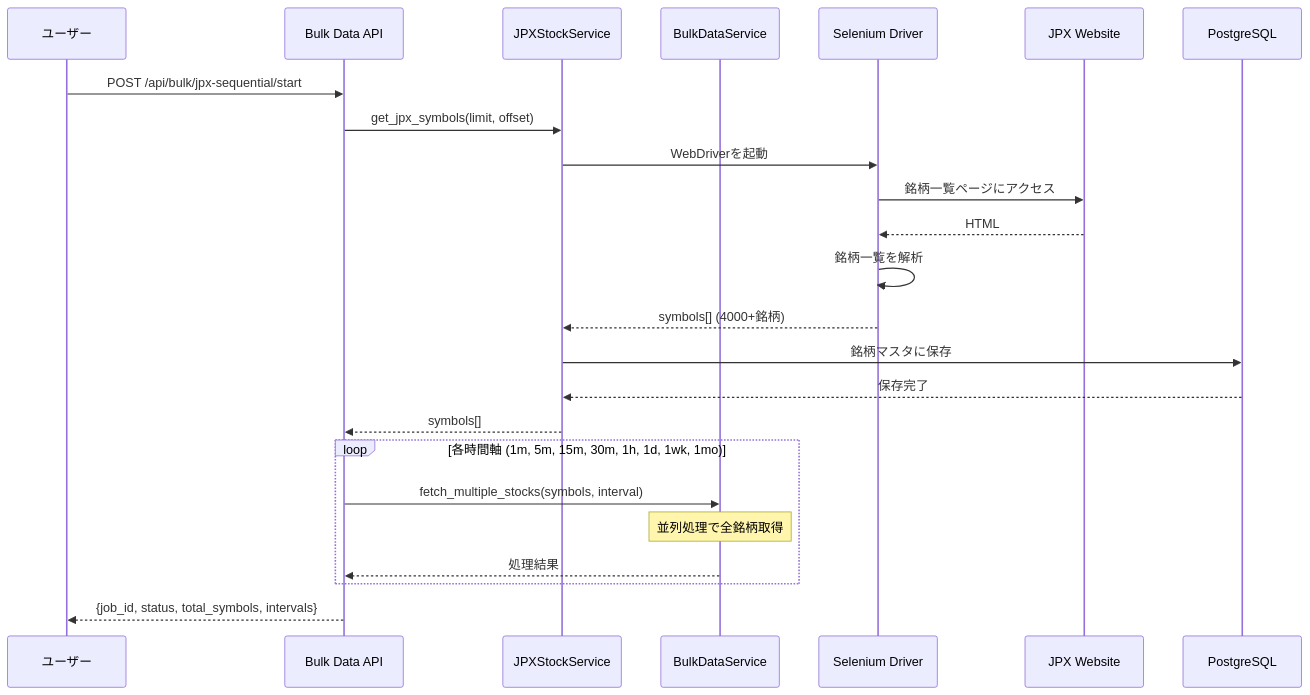
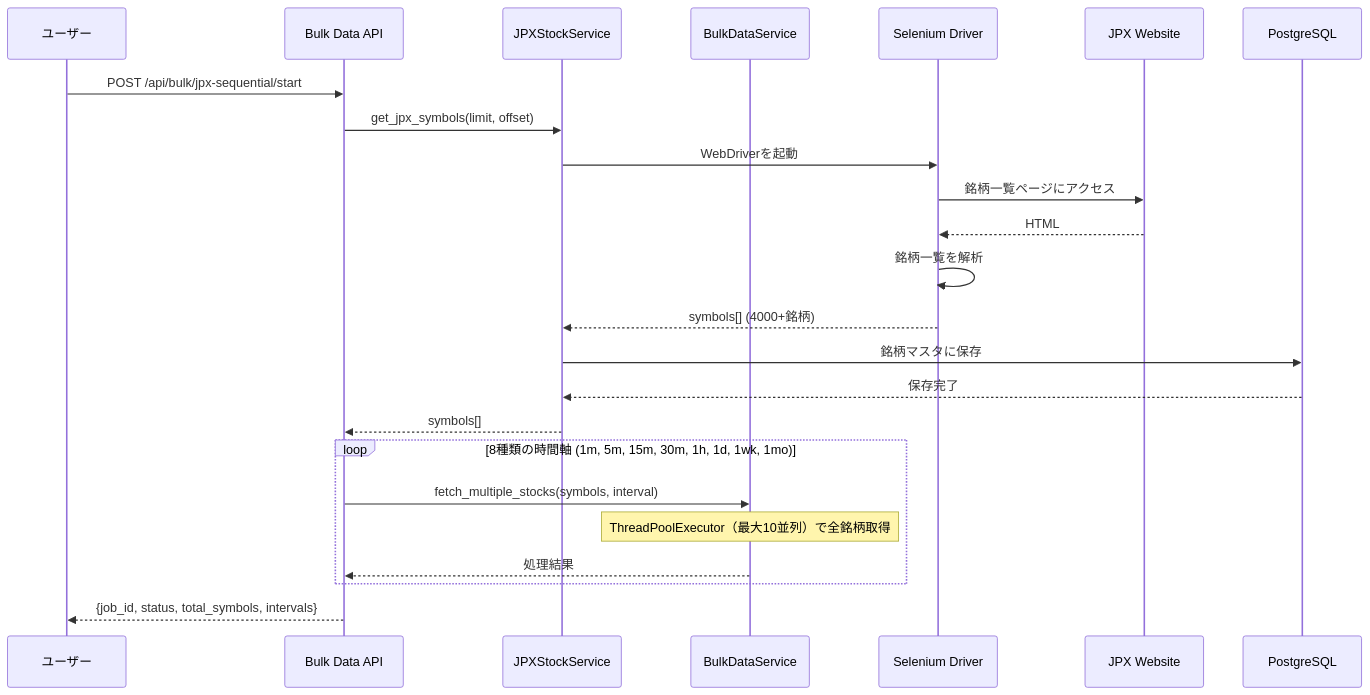
One commit to TIMMY-WEST/STOCK-INVESTMENT-ANALYZER changed the fourth of 14 diagrams in docs/architecture/data_flow.md. Above: the diagram before and after it, drawn with Mermaid. The commit also changed other lines of this file and 51 other files, not shown here.

````diff
--- a/docs/architecture/data_flow.md
+++ b/docs/architecture/data_flow.md
@@ -218,31 +237,31 @@
 ```mermaid
 sequenceDiagram
     participant User as ユーザー
     participant BulkAPI as Bulk Data API
     participant JPXSvc as JPXStockService
     participant BulkSvc as BulkDataService
     participant Selenium as Selenium Driver
     participant JPX as JPX Website
     participant DB as PostgreSQL
 
     User->>BulkAPI: POST /api/bulk/jpx-sequential/start
     BulkAPI->>JPXSvc: get_jpx_symbols(limit, offset)
 
     JPXSvc->>Selenium: WebDriverを起動
     Selenium->>JPX: 銘柄一覧ページにアクセス
     JPX-->>Selenium: HTML
     Selenium->>Selenium: 銘柄一覧を解析
     Selenium-->>JPXSvc: symbols[] (4000+銘柄)
 
     JPXSvc->>DB: 銘柄マスタに保存
     DB-->>JPXSvc: 保存完了
     JPXSvc-->>BulkAPI: symbols[]
 
-    loop 各時間軸 (1m, 5m, 15m, 30m, 1h, 1d, 1wk, 1mo)
+    loop 8種類の時間軸 (1m, 5m, 15m, 30m, 1h, 1d, 1wk, 1mo)
         BulkAPI->>BulkSvc: fetch_multiple_stocks(symbols, interval)
-        Note over BulkSvc: 並列処理で全銘柄取得
+        Note over BulkSvc: ThreadPoolExecutor（最大10並列）で全銘柄取得
         BulkSvc-->>BulkAPI: 処理結果
     end
 
     BulkAPI-->>User: {job_id, status, total_symbols, intervals}
 ```
````
